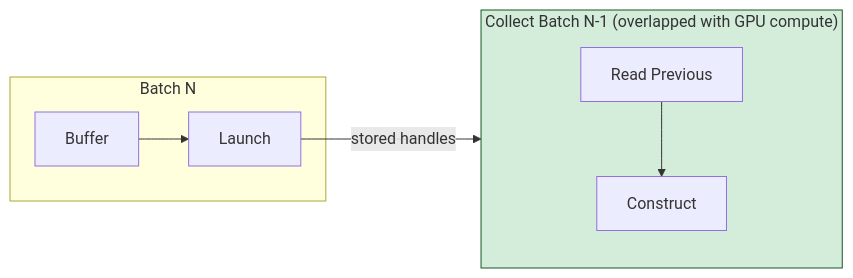
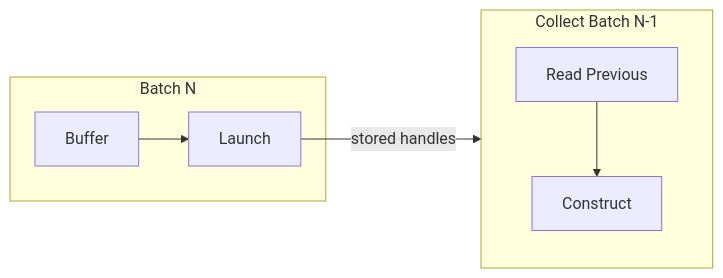
Diagram 16 of 45 in docs/GPU_MAP_OPERATOR.md (alirezaazadi/renoir), drawn with Mermaid before and after one commit. The commit also changed other lines of this file, not shown here.

Commit message:
doc: fix the mermaid charts issues

````diff
--- a/docs/GPU_MAP_OPERATOR.md
+++ b/docs/GPU_MAP_OPERATOR.md
@@ -1471,12 +1432,10 @@
 ```mermaid
 flowchart LR
     subgraph BatchN["Batch N"]
         B1["Buffer"] --> B2["Launch"]
     end
     B2 -->|"stored handles"| COLLECT
-    subgraph COLLECT["Collect Batch N-1 (overlapped with GPU compute)"]
+    subgraph COLLECT["Collect Batch N-1"]
         C1["Read Previous"] --> C2["Construct"]
     end
-
-    style COLLECT fill:#d4edda,stroke:#155724
 ```
````
